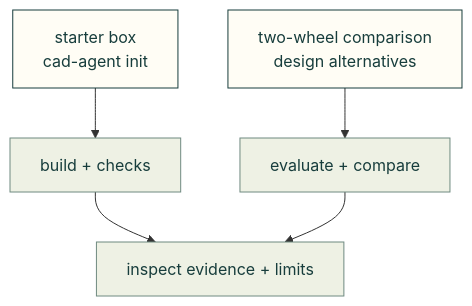
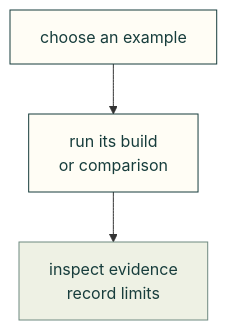
One commit to Valpatel/cad-agent changed the diagram in docs/examples/README.md. Above: the diagram before and after it, drawn with Mermaid. The commit also changed 3 other files, not shown here.

Commit message:
fix(docs): keep hierarchy overview diagrams visible on phones

````diff
--- a/docs/examples/README.md
+++ b/docs/examples/README.md
@@ -5,11 +5,9 @@
 ```mermaid
 flowchart TD
-    S["starter box<br/>cad-agent init"] --> C["build + checks"]
-    E["two-wheel comparison<br/>design alternatives"] --> V["evaluate + compare"]
-    C --> R["inspect evidence + limits"]
-    V --> R
+    S["choose an example"] --> C["run its build<br/>or comparison"]
+    C --> R["inspect evidence<br/>record limits"]
     classDef here fill:#fffdf5,stroke:#173d3c,color:#173d3c
     classDef near fill:#eef1e4,stroke:#6f8a80,color:#173d3c
-    class S,E here
-    class C,V,R near
+    class S,C here
+    class R near
 ```
````
